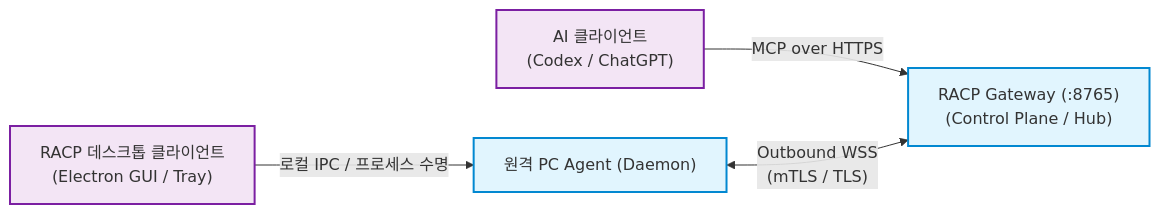
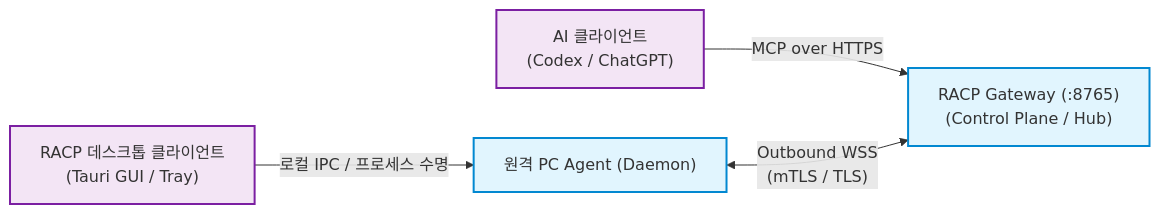
One commit to tlsdbcjs/Remote-Desktop-Commander changed the first of 2 diagrams in docs/guides/desktop-client-guide.md. Above: the diagram before and after it, drawn with Mermaid. The commit also changed other lines of this file and 4 other files, not shown here.

````diff
--- a/docs/guides/desktop-client-guide.md
+++ b/docs/guides/desktop-client-guide.md
@@ -34,11 +34,11 @@
 ```mermaid
 flowchart LR
     AI["AI 클라이언트<br/>(Codex / ChatGPT)"] -->|"MCP over HTTPS"| GW["RACP Gateway (:8765)<br/>(Control Plane / Hub)"]
     Agent["원격 PC Agent (Daemon)"] <-->|"Outbound WSS<br/>(mTLS / TLS)"| GW
-    UI["RACP 데스크톱 클라이언트<br/>(Electron GUI / Tray)"] -->|"로컬 IPC / 프로세스 수명"| Agent
+    UI["RACP 데스크톱 클라이언트<br/>(Tauri GUI / Tray)"] -->|"로컬 IPC / 프로세스 수명"| Agent
 
     classDef core fill:#e1f5fe,stroke:#0288d1,stroke-width:2px;
     classDef client fill:#f3e5f5,stroke:#7b1fa2,stroke-width:2px;
     class GW,Agent core;
     class UI,AI client;
 ```
````
